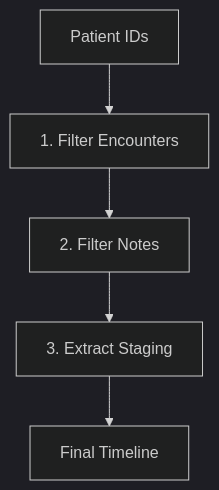
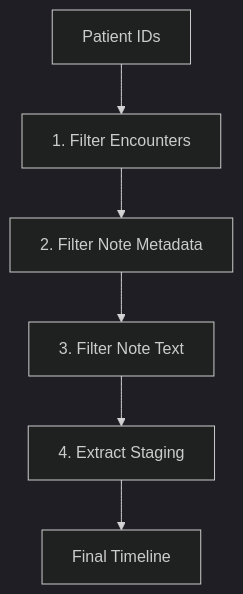
The diagram in README.md (Precision-Oncology/clinical_notes_extractor), drawn with Mermaid (dark theme) before and after one commit. The commit also changed other lines of this file and 2 other files, not shown here.

````diff
--- a/README.md
+++ b/README.md
@@ -11,7 +15,8 @@
 ```mermaid
 graph TD
     A[Patient IDs] --> B[1. Filter Encounters]
-    B --> C[2. Filter Notes]
-    C --> D[3. Extract Staging]
-    D --> E[Final Timeline]
+    B --> C[2. Filter Note Metadata]
+    C --> D[3. Filter Note Text]
+    D --> E[4. Extract Staging]
+    E --> F[Final Timeline]
 ```
````
